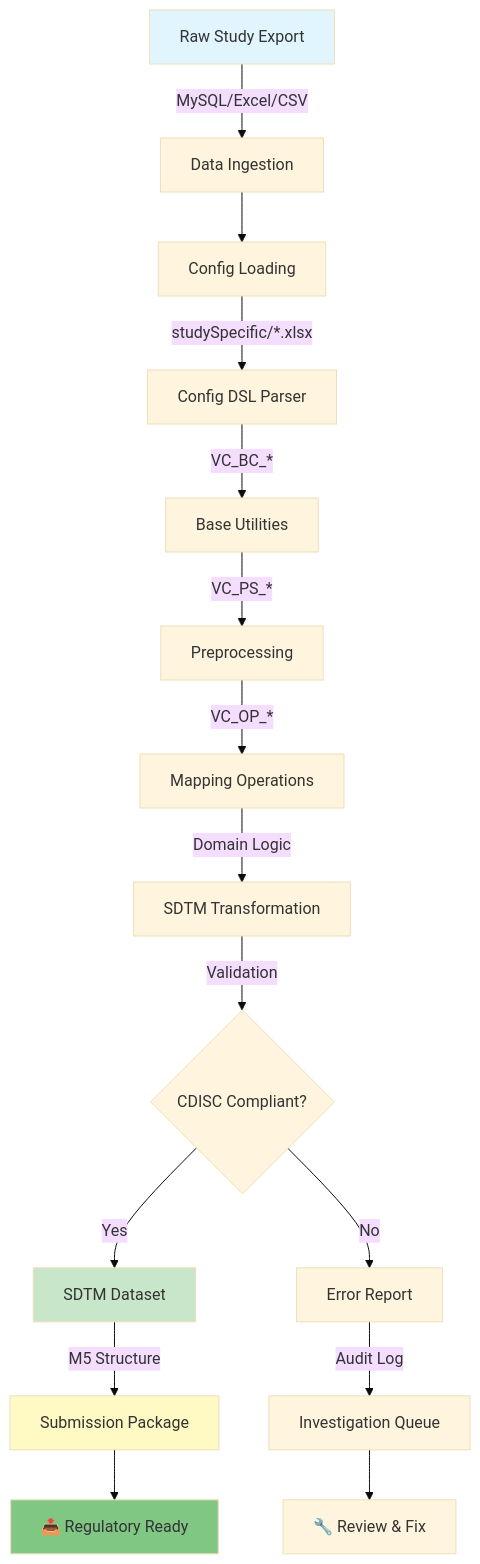
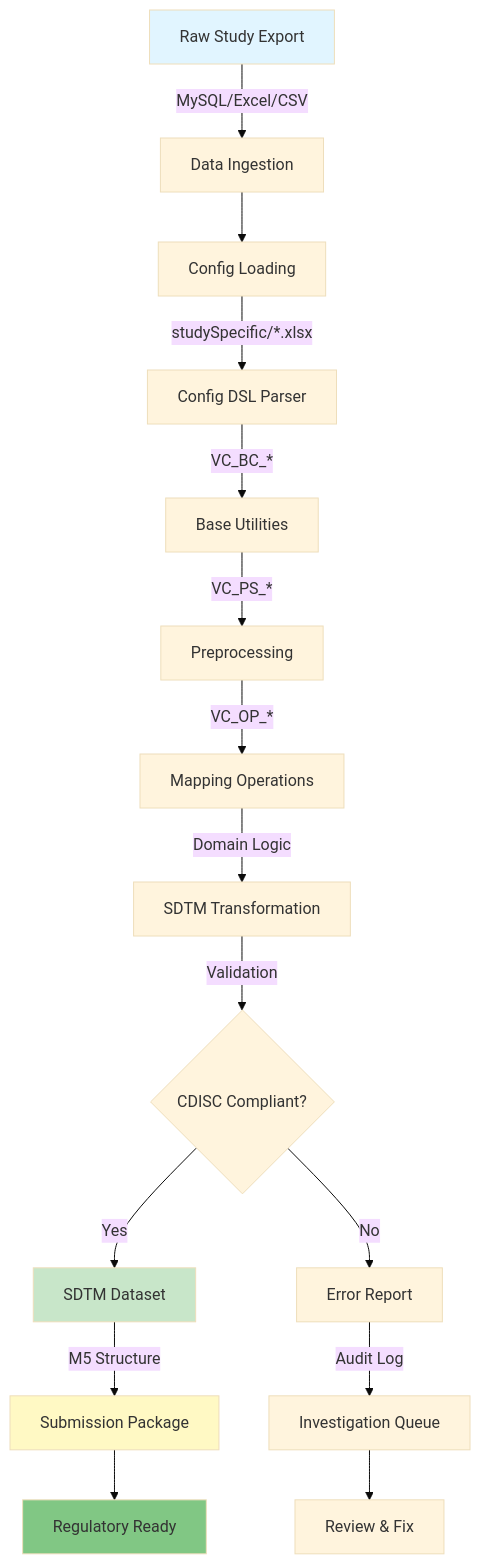
One commit to hakupao/SDTM-Mapping-System changed the diagram in README.md. Above: the diagram before and after it, drawn with Mermaid (base theme). The commit also changed other lines of this file and 1 other file, not shown here.

Commit message:
fix: repair README display issues
- Replace broken SVG banners with readme-typing-svg
- Fix language switcher links
- Remove emojis from mermaid diagrams for better rendering
- Add missing screenshot references
- Remove broken image references to non-existent files

````diff
--- a/README.md
+++ b/README.md
@@ -69,27 +53,27 @@
 ```mermaid
 graph TB
-    A[Raw Study Export] -->|MySQL/Excel/CSV| B[Data Ingestion]
-    B --> C[Config Loading]
-    C -->|studySpecific/*.xlsx| D[Config DSL Parser]
+ A[Raw Study Export] -->|MySQL/Excel/CSV| B[Data Ingestion]
+ B --> C[Config Loading]
+ C -->|studySpecific/*.xlsx| D[Config DSL Parser]
 
-    D -->|VC_BC_*| E[Base Utilities]
-    E -->|VC_PS_*| F[Preprocessing]
-    F -->|VC_OP_*| G[Mapping Operations]
+ D -->|VC_BC_*| E[Base Utilities]
+ E -->|VC_PS_*| F[Preprocessing]
+ F -->|VC_OP_*| G[Mapping Operations]
 
-    G -->|Domain Logic| H[SDTM Transformation]
-    H -->|Validation| I{CDISC Compliant?}
+ G -->|Domain Logic| H[SDTM Transformation]
+ H -->|Validation| I{CDISC Compliant?}
 
-    I -->|Yes| J[SDTM Dataset]
-    I -->|No| K[Error Report]
+ I -->|Yes| J[SDTM Dataset]
+ I -->|No| K[Error Report]
 
-    J -->|M5 Structure| L[Submission Package]
-    K -->|Audit Log| M[Investigation Queue]
+ J -->|M5 Structure| L[Submission Package]
+ K -->|Audit Log| M[Investigation Queue]
 
-    L --> N[📤 Regulatory Ready]
-    M --> O[🔧 Review & Fix]
+ L --> N[ Regulatory Ready]
+ M --> O[ Review & Fix]
 
-    style A fill:#e1f5ff
-    style J fill:#c8e6c9
-    style L fill:#fff9c4
-    style N fill:#81c784
+ style A fill:#e1f5ff
+ style J fill:#c8e6c9
+ style L fill:#fff9c4
+ style N fill:#81c784
 ```
````
